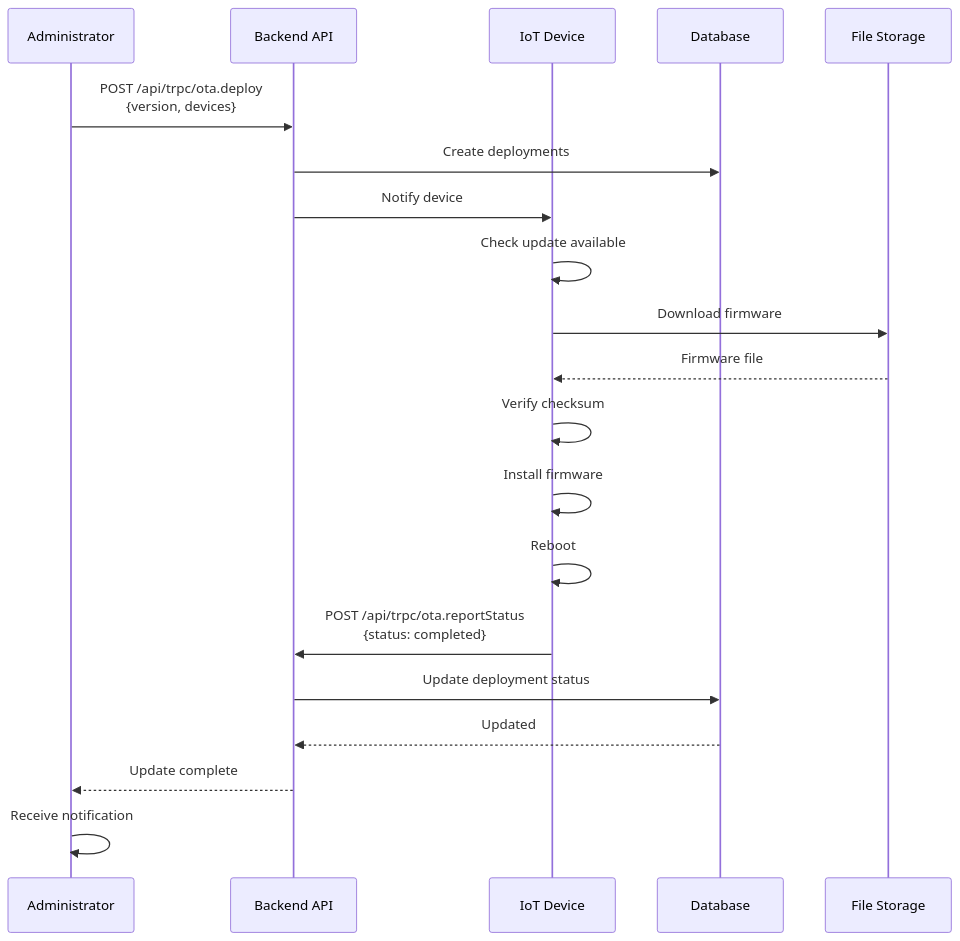
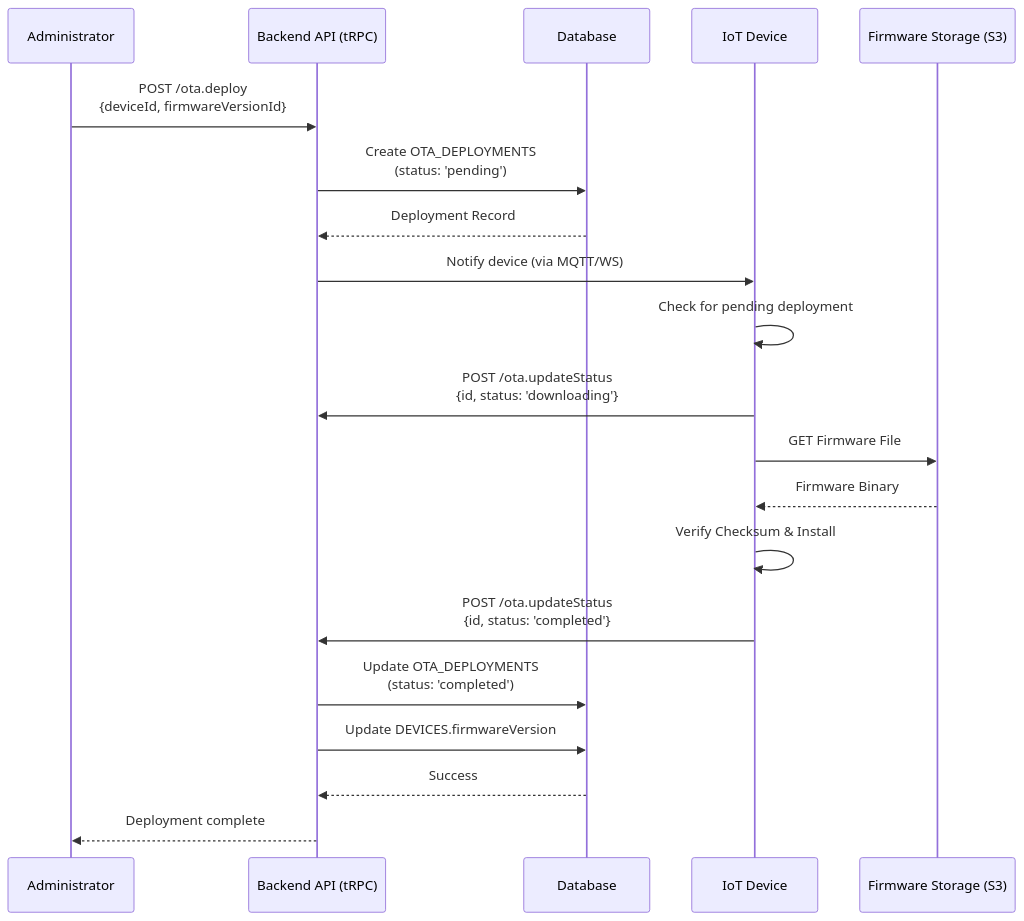
The third of 5 diagrams in docs/api-flows.md (DruHustle/smart-factory-iot), drawn with Mermaid before and after one commit. The commit also changed other lines of this file and 7 other files, not shown here.

````diff
--- a/docs/api-flows.md
+++ b/docs/api-flows.md
@@ -131,25 +80,29 @@
 ```mermaid
 sequenceDiagram
     participant Admin as Administrator
-    participant API as Backend API
+    participant API as Backend API (tRPC)
+    participant DB as Database
     participant Device as IoT Device
-    participant DB as Database
-    participant Storage as File Storage
+    participant Storage as Firmware Storage (S3)
     
-    Admin->>API: POST /api/trpc/ota.deploy<br/>{version, devices}
-    API->>DB: Create deployments
-    API->>Device: Notify device
-    Device->>Device: Check update available
+    Admin->>API: POST /ota.deploy<br/>{deviceId, firmwareVersionId}
+    API->>DB: Create OTA_DEPLOYMENTS<br/>(status: 'pending')
+    DB-->>API: Deployment Record
     
-    Device->>Storage: Download firmware
-    Storage-->>Device: Firmware file
-    Device->>Device: Verify checksum
-    Device->>Device: Install firmware
-    Device->>Device: Reboot
+    API->>Device: Notify device (via MQTT/WS)
     
-    Device->>API: POST /api/trpc/ota.reportStatus<br/>{status: completed}
-    API->>DB: Update deployment status
-    DB-->>API: Updated
-    API-->>Admin: Update complete
-    Admin->>Admin: Receive notification
+    Device->>Device: Check for pending deployment
+    Device->>API: POST /ota.updateStatus<br/>{id, status: 'downloading'}
+    
+    Device->>Storage: GET Firmware File
+    Storage-->>Device: Firmware Binary
+    
+    Device->>Device: Verify Checksum & Install
+    
+    Device->>API: POST /ota.updateStatus<br/>{id, status: 'completed'}
+    API->>DB: Update OTA_DEPLOYMENTS<br/>(status: 'completed')
+    API->>DB: Update DEVICES.firmwareVersion
+    DB-->>API: Success
+    
+    API-->>Admin: Deployment complete
 ```
````
